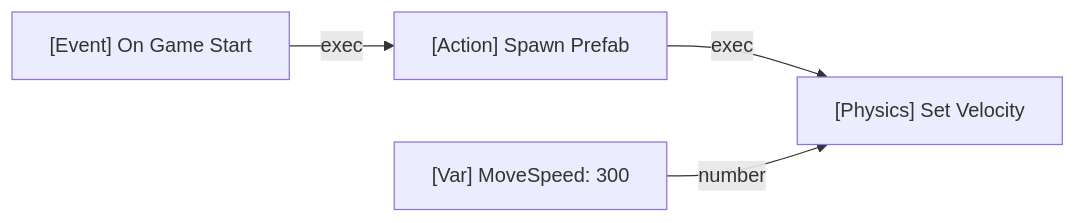
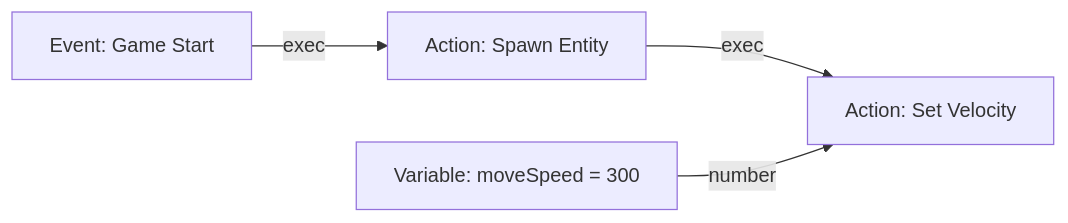
Before and after one commit to haikal-adnan/lupis-engine: the diagram in docs/visual-scripting.md, drawn with Mermaid. The commit also changed other lines of this file and 167 other files, not shown here.

Commit message:
New Schema

````diff
--- a/docs/visual-scripting.md
+++ b/docs/visual-scripting.md
@@ -14,7 +13,6 @@
 ```mermaid
 graph LR
-    Start["[Event] On Game Start"] -->|"exec"| Spawn["[Action] Spawn Prefab"]
-    Spawn -->|"exec"| Move["[Physics] Set Velocity"]
-    
-    Speed["[Var] MoveSpeed: 300"] -->|"number"| Move
+    Start["Event: Game Start"] -->|"exec"| Spawn["Action: Spawn Entity"]
+    Spawn -->|"exec"| Move["Action: Set Velocity"]
+    Speed["Variable: moveSpeed = 300"] -->|"number"| Move
 ```
````
